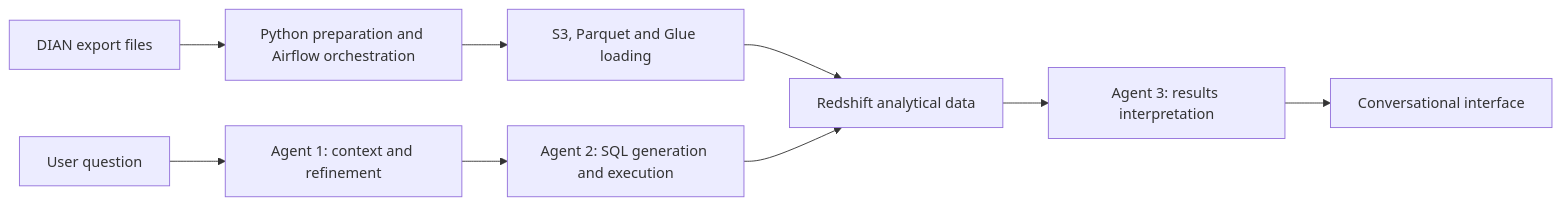
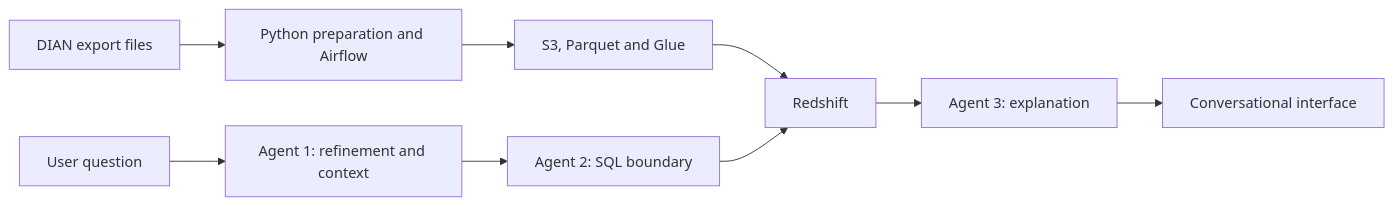
One commit to Nathalyhl/code-sample-nlp changed the diagram in README.md. Above: the diagram before and after it, drawn with Mermaid. The commit also changed other lines of this file and 1 other file, not shown here.

````diff
--- a/README.md
+++ b/README.md
@@ -35,11 +25,11 @@
 ```mermaid
 flowchart LR
-    A[DIAN export files] --> B[Python preparation and Airflow orchestration]
-    B --> C[S3, Parquet and Glue loading]
-    C --> D[Redshift analytical data]
-    U[User question] --> E[Agent 1: context and refinement]
-    E --> F[Agent 2: SQL generation and execution]
+    A[DIAN export files] --> B[Python preparation and Airflow]
+    B --> C[S3, Parquet and Glue]
+    C --> D[Redshift]
+    U[User question] --> E[Agent 1: refinement and context]
+    E --> F[Agent 2: SQL boundary]
     F --> D
-    D --> G[Agent 3: results interpretation]
+    D --> G[Agent 3: explanation]
     G --> H[Conversational interface]
 ```
````
